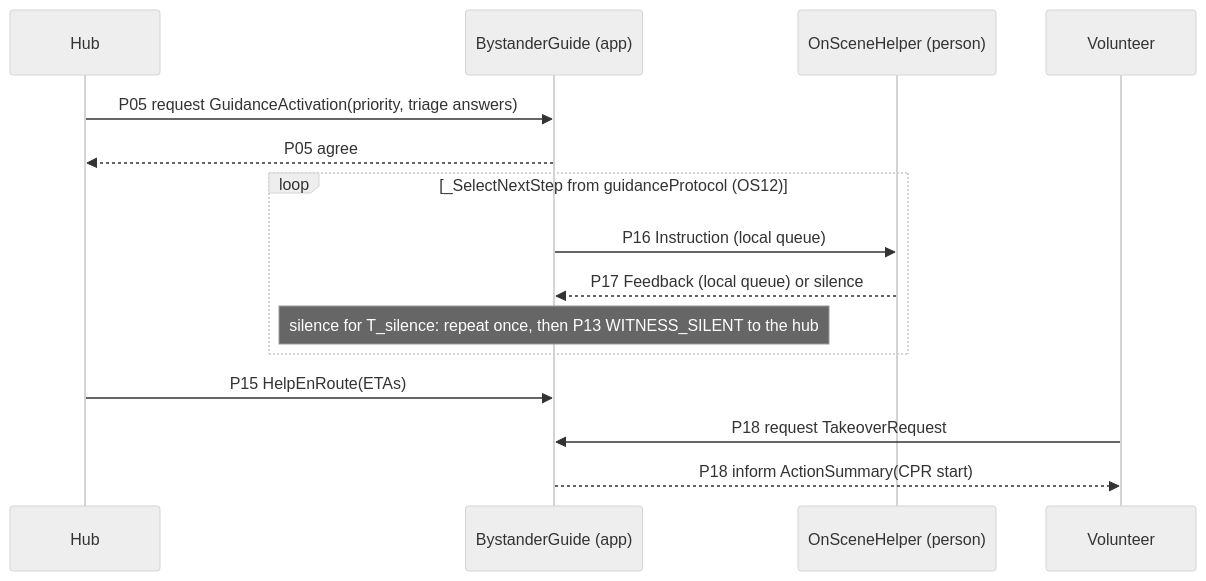
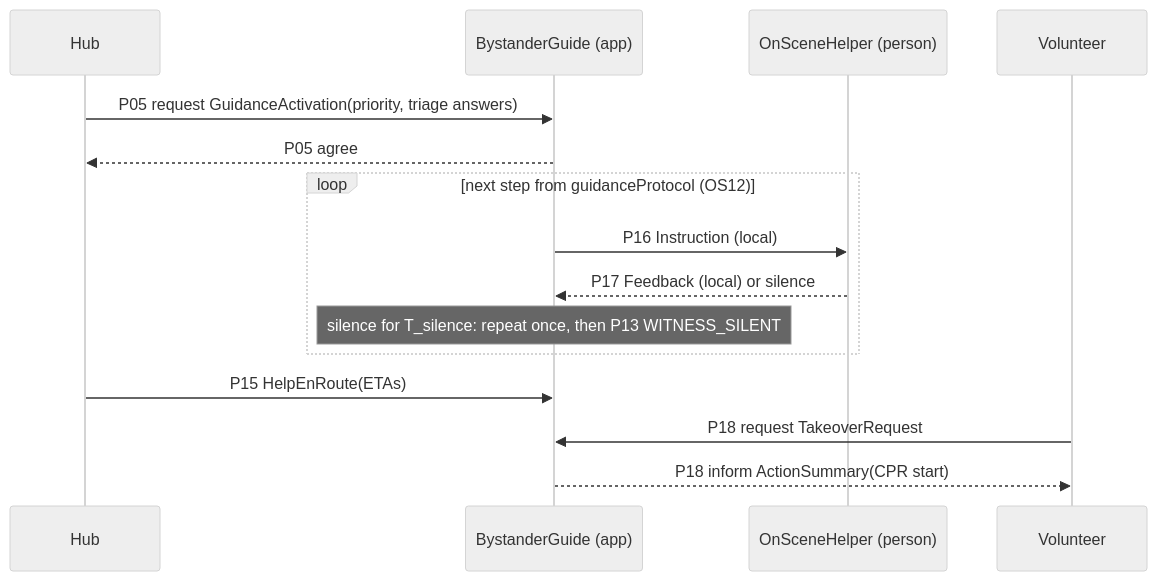
The fourth of 5 diagrams in docs/03-detailed-design.md (rodrigoilde/fcup-isia), drawn with Mermaid (neutral theme) before and after one commit. The commit also changed other lines of this file and 12 other files, not shown here.

````diff
--- a/docs/03-detailed-design.md
+++ b/docs/03-detailed-design.md
@@ -170,17 +128,17 @@
 ```mermaid
 sequenceDiagram
     participant H as Hub
     participant G as BystanderGuide (app)
     participant O as OnSceneHelper (person)
     participant V as Volunteer
     H->>G: P05 request GuidanceActivation(priority, triage answers)
     G-->>H: P05 agree
-    loop _SelectNextStep from guidanceProtocol (OS12)
-        G->>O: P16 Instruction (local queue)
-        O-->>G: P17 Feedback (local queue) or silence
-        Note over G: silence for T_silence: repeat once, then P13 WITNESS_SILENT to the hub
+    loop next step from guidanceProtocol (OS12)
+        G->>O: P16 Instruction (local)
+        O-->>G: P17 Feedback (local) or silence
+        Note over G: silence for T_silence: repeat once, then P13 WITNESS_SILENT
     end
     H->>G: P15 HelpEnRoute(ETAs)
     V->>G: P18 request TakeoverRequest
     G-->>V: P18 inform ActionSummary(CPR start)
 ```
````
